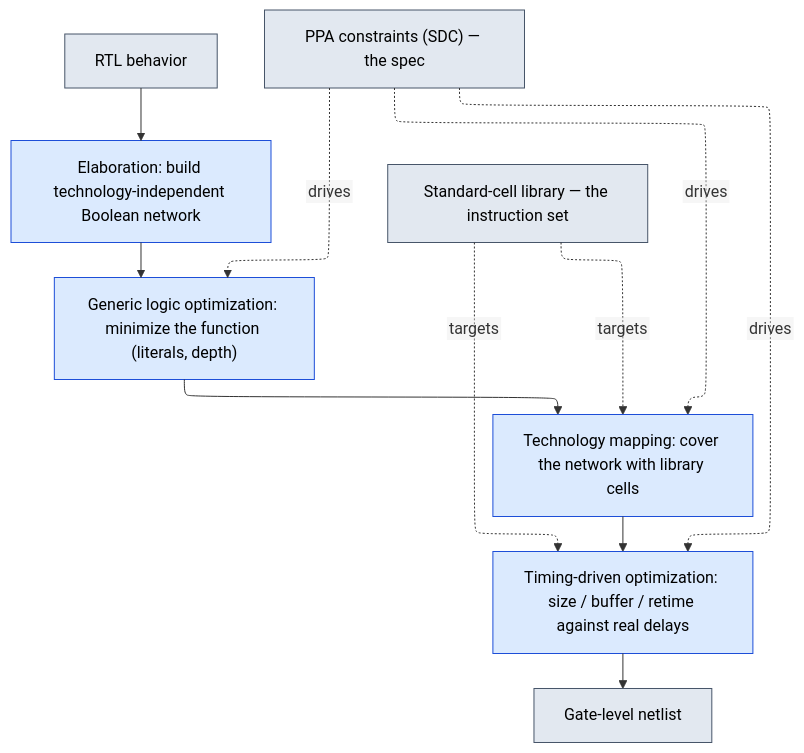
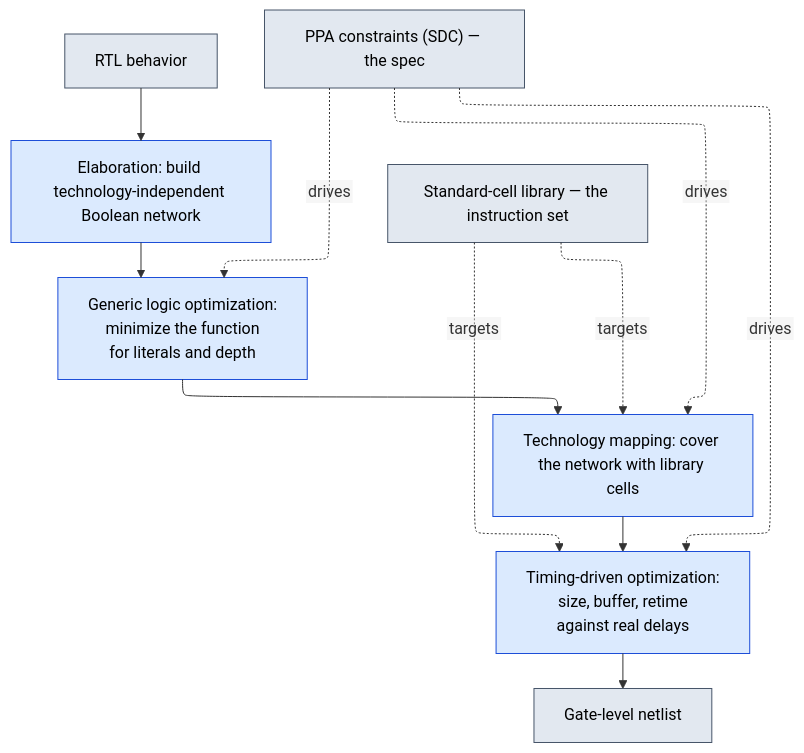
Before and after one commit to Wty2003328/silicon-design-notebook: the diagram in 04_Synthesis/01_Synthesis_and_Optimization.md, drawn with Mermaid. The commit also changed 125 other files, not shown here.

First line of the commit message:
Complete the AMBA family, refresh the learning path, and make every figure and formula actually render

````diff
--- a/04_Synthesis/01_Synthesis_and_Optimization.md
+++ b/04_Synthesis/01_Synthesis_and_Optimization.md
@@ -39,18 +39,18 @@
 ```mermaid
 %%{init: {"flowchart": {"defaultRenderer": "elk", "nodeSpacing": 55, "rankSpacing": 55, "htmlLabels": false}}}%%
 flowchart TD
     RTL["RTL behavior"] --> ELAB["Elaboration: build technology-independent Boolean network"]
-    ELAB --> OPT["Generic logic optimization: minimize the function (literals, depth)"]
+    ELAB --> OPT["Generic logic optimization:<br/>minimize the function<br/>for literals and depth"]
     OPT --> MAP["Technology mapping: cover the network with library cells"]
-    MAP --> TIME["Timing-driven optimization: size / buffer / retime against real delays"]
+    MAP --> TIME["Timing-driven optimization:<br/>size, buffer, retime<br/>against real delays"]
     TIME --> NET["Gate-level netlist"]
     SDC["PPA constraints (SDC) — the spec"] -. drives .-> OPT
     SDC -. drives .-> MAP
     SDC -. drives .-> TIME
     LIB["Standard-cell library — the instruction set"] -. targets .-> MAP
     LIB -. targets .-> TIME
     classDef io fill:#e2e8f0,stroke:#475569,color:#000
     classDef ph fill:#dbeafe,stroke:#1d4ed8,color:#000
     class RTL,NET,SDC,LIB io
     class ELAB,OPT,MAP,TIME ph
 ```
````
